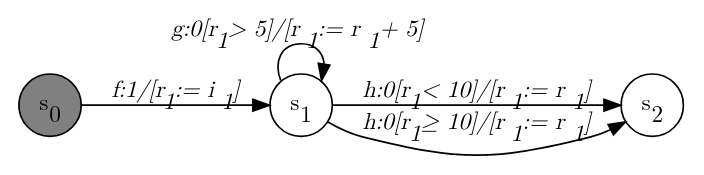
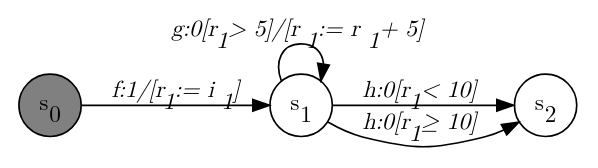
Before and after one commit to jmafoster1/efsm-sal: the diagram in dotfiles/Horrible_Example_1.dot, drawn with Graphviz. The commit also changed 37 other files, not shown here.

```diff
--- a/dotfiles/Horrible_Example_1.dot
+++ b/dotfiles/Horrible_Example_1.dot
@@ -1,14 +1,14 @@
 digraph Horrible_Example_1{
     graph [rankdir="LR", fontname="Latin Modern Math"];
     node [color="black", fillcolor="white", shape="circle", style="filled", fontname="Latin Modern Math"];
     edge [fontname="Latin Modern Math"];
 
     s0[fillcolor="gray", label=<s<sub>0</sub>>];
     s1[label=<s<sub>1</sub>>];
     s2[label=<s<sub>2</sub>>];
 
     s0->s1[label=<<i>f:1/&#91;r<sub>1</sub> := i<sub>1</sub>&#93;</i>>];
     s1->s1[label=<<i>g:0&#91;r<sub>1</sub> &gt; 5&#93;/&#91;r<sub>1</sub> := r<sub>1</sub> + 5&#93;</i>>];
-    s1->s2[label=<<i>h:0&#91;r<sub>1</sub> &lt; 10&#93;/&#91;r<sub>1</sub> := r<sub>1</sub>&#93;</i>>];
-    s1->s2[label=<<i>h:0&#91;r<sub>1</sub> &ge; 10&#93;/&#91;r<sub>1</sub> := r<sub>1</sub>&#93;</i>>];
+    s1->s2[label=<<i>h:0&#91;r<sub>1</sub> &lt; 10&#93;</i>>];
+    s1->s2[label=<<i>h:0&#91;r<sub>1</sub> &ge; 10&#93;</i>>];
 }
```
